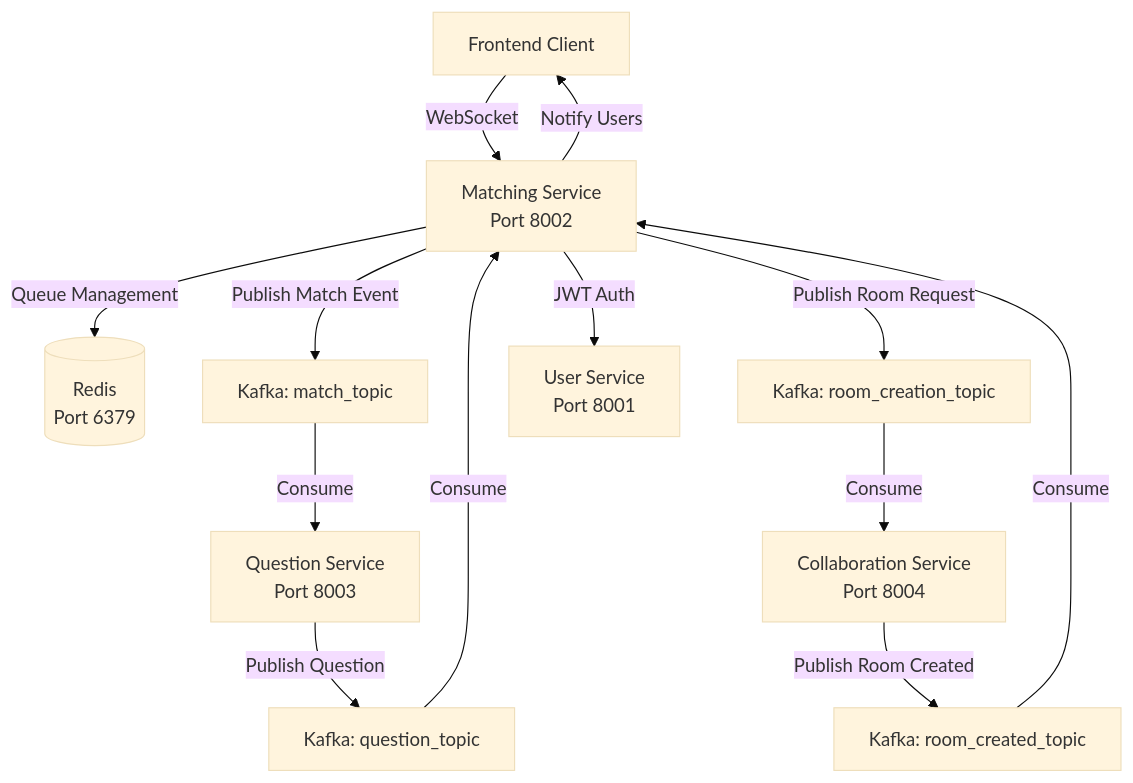
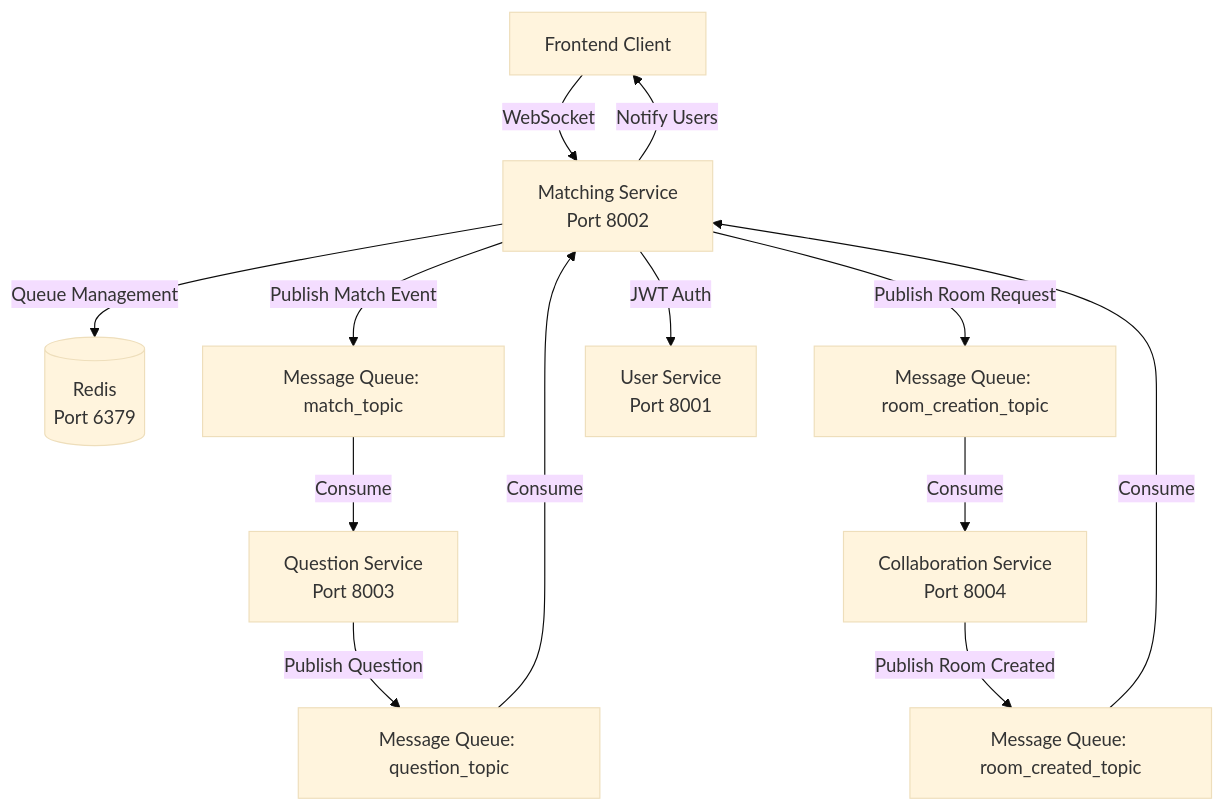
Before and after one commit to CS3219-AY2526Sem1/cs3219-ay2526s1-project-g13: the diagram in backend/matching-service/README.md, drawn with Mermaid (base theme). The commit also changed other lines of this file and 1 other file, not shown here.

Commit message:
chore: write README for matching and question service

````diff
--- a/backend/matching-service/README.md
+++ b/backend/matching-service/README.md
@@ -43,15 +43,15 @@
 ```mermaid
 graph TB
     Frontend[Frontend Client] -->|WebSocket| MatchingService[Matching Service<br/>Port 8002]
     MatchingService -->|Queue Management| Redis[(Redis<br/>Port 6379)]
-    MatchingService -->|Publish Match Event| Kafka1[Kafka: match_topic]
-    Kafka1 -->|Consume| QuestionService[Question Service<br/>Port 8003]
-    QuestionService -->|Publish Question| Kafka2[Kafka: question_topic]
-    Kafka2 -->|Consume| MatchingService
-    MatchingService -->|Publish Room Request| Kafka3[Kafka: room_creation_topic]
-    Kafka3 -->|Consume| CollabService[Collaboration Service<br/>Port 8004]
-    CollabService -->|Publish Room Created| Kafka4[Kafka: room_created_topic]
-    Kafka4 -->|Consume| MatchingService
+    MatchingService -->|Publish Match Event| MQ1[Message Queue: match_topic]
+    MQ1 -->|Consume| QuestionService[Question Service<br/>Port 8003]
+    QuestionService -->|Publish Question| MQ2[Message Queue: question_topic]
+    MQ2 -->|Consume| MatchingService
+    MatchingService -->|Publish Room Request| MQ3[Message Queue: room_creation_topic]
+    MQ3 -->|Consume| CollabService[Collaboration Service<br/>Port 8004]
+    CollabService -->|Publish Room Created| MQ4[Message Queue: room_created_topic]
+    MQ4 -->|Consume| MatchingService
     MatchingService -->|Notify Users| Frontend
     MatchingService -->|JWT Auth| UserService[User Service<br/>Port 8001]
 ```
````
